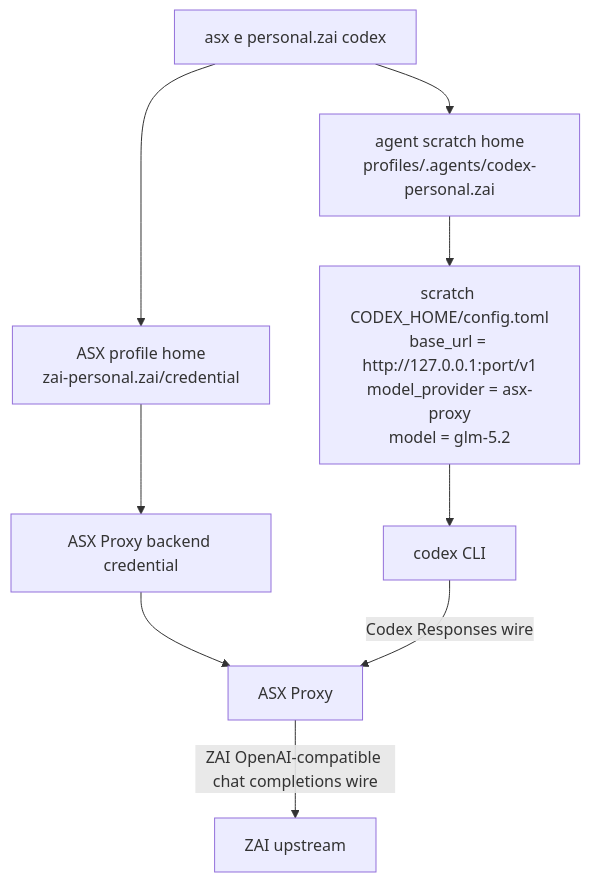
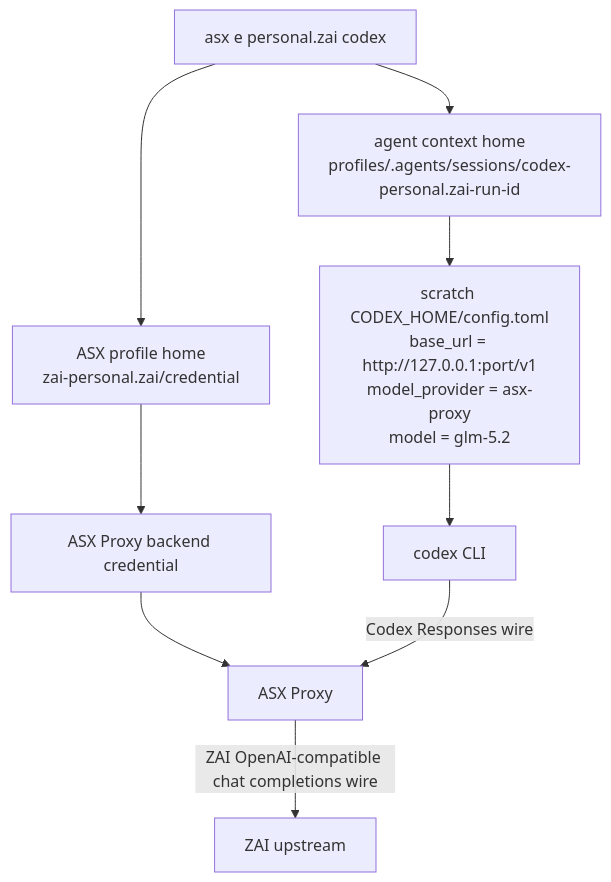
The seventh of 9 diagrams in ARCHITECTURE.md (enif-lee/asx), drawn with Mermaid before and after one commit. The commit also changed other lines of this file and 7 other files, not shown here.

````diff
--- a/ARCHITECTURE.md
+++ b/ARCHITECTURE.md
@@ -289,16 +289,16 @@
 ```mermaid
 flowchart TD
   Cmd["asx e personal.zai codex"]
   ProfileHome["ASX profile home<br/>zai-personal.zai/credential"]
   BackendCred["ASX Proxy backend credential"]
-  Scratch["agent scratch home<br/>profiles/.agents/codex-personal.zai"]
+  Scratch["agent context home<br/>profiles/.agents/sessions/codex-personal.zai-run-id"]
   Config["scratch CODEX_HOME/config.toml<br/>base_url = http://127.0.0.1:port/v1<br/>model_provider = asx-proxy<br/>model = glm-5.2"]
   Agent["codex CLI"]
   Proxy["ASX Proxy"]
   Upstream["ZAI upstream"]
 
   Cmd --> ProfileHome --> BackendCred --> Proxy
   Cmd --> Scratch --> Config --> Agent
   Agent -- "Codex Responses wire" --> Proxy
   Proxy -- "ZAI OpenAI-compatible chat completions wire" --> Upstream
 ```
````
